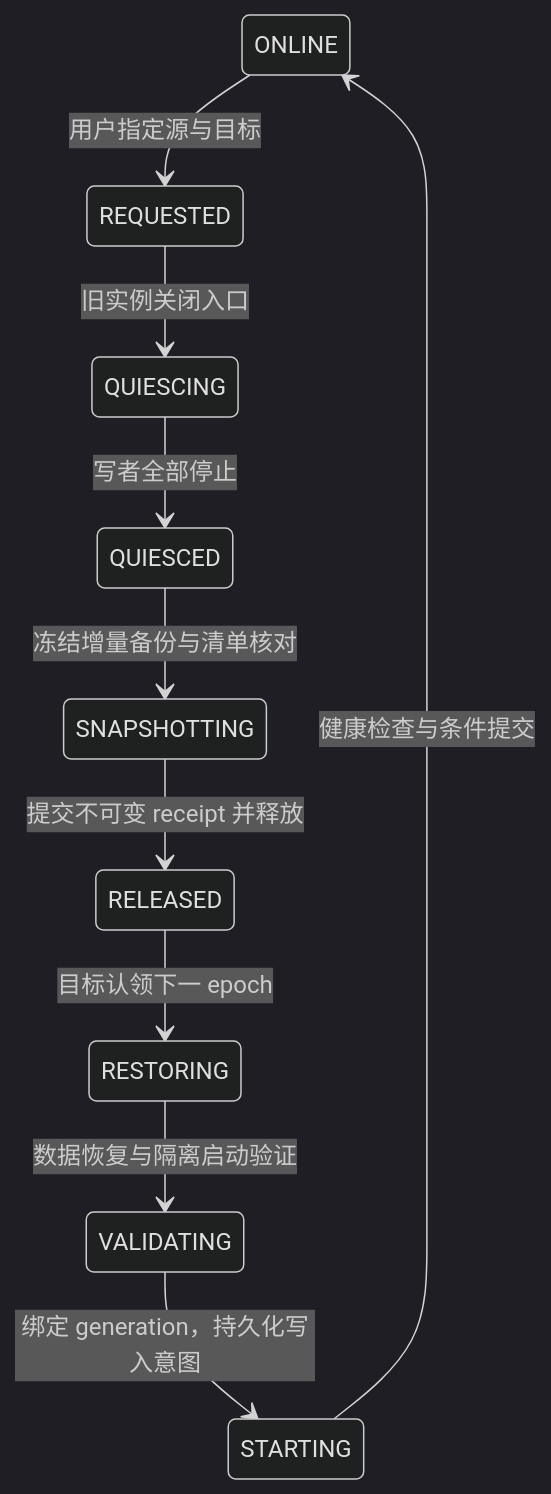
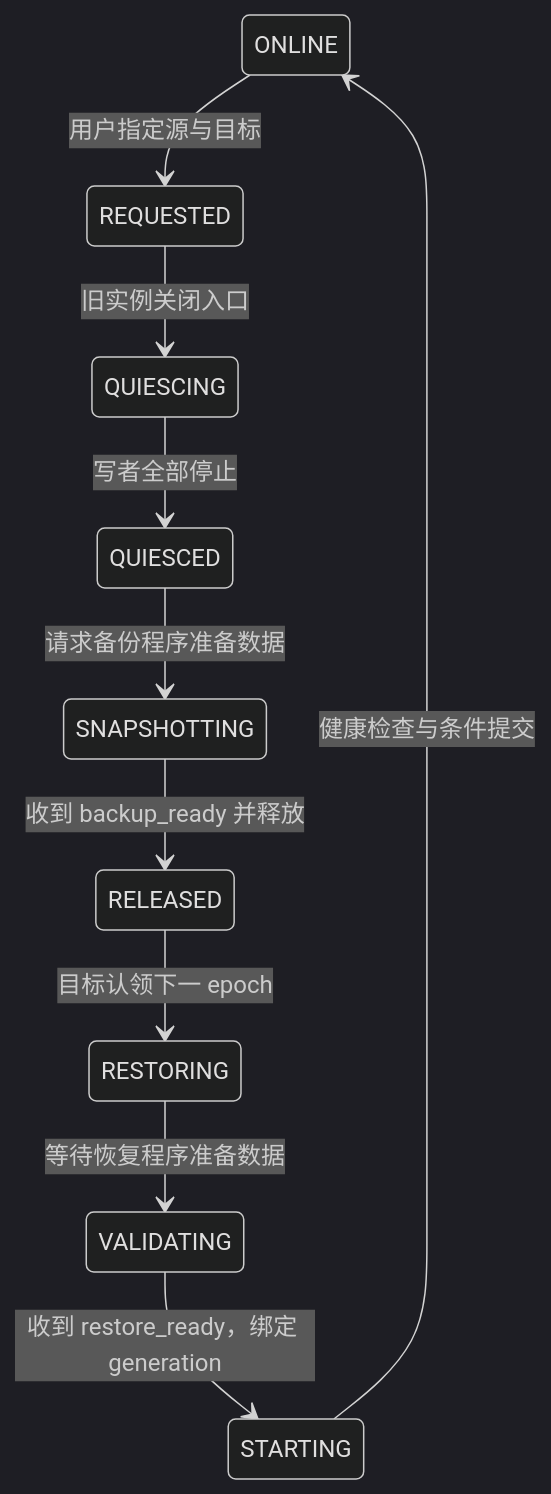
The diagram in docs/architecture.md (xiao0yy/cf-worker-matrix-admin), drawn with Mermaid (dark theme) before and after one commit. The commit also changed other lines of this file and 28 other files, not shown here.

````diff
--- a/docs/architecture.md
+++ b/docs/architecture.md
@@ -78,12 +80,12 @@
 ```mermaid
 stateDiagram-v2
     ONLINE --> REQUESTED: 用户指定源与目标
     REQUESTED --> QUIESCING: 旧实例关闭入口
     QUIESCING --> QUIESCED: 写者全部停止
-    QUIESCED --> SNAPSHOTTING: 冻结增量备份与清单核对
-    SNAPSHOTTING --> RELEASED: 提交不可变 receipt 并释放
+    QUIESCED --> SNAPSHOTTING: 请求备份程序准备数据
+    SNAPSHOTTING --> RELEASED: 收到 backup_ready 并释放
     RELEASED --> RESTORING: 目标认领下一 epoch
-    RESTORING --> VALIDATING: 数据恢复与隔离启动验证
-    VALIDATING --> STARTING: 绑定 generation，持久化写入意图
+    RESTORING --> VALIDATING: 等待恢复程序准备数据
+    VALIDATING --> STARTING: 收到 restore_ready，绑定 generation
     STARTING --> ONLINE: 健康检查与条件提交
 ```
````
